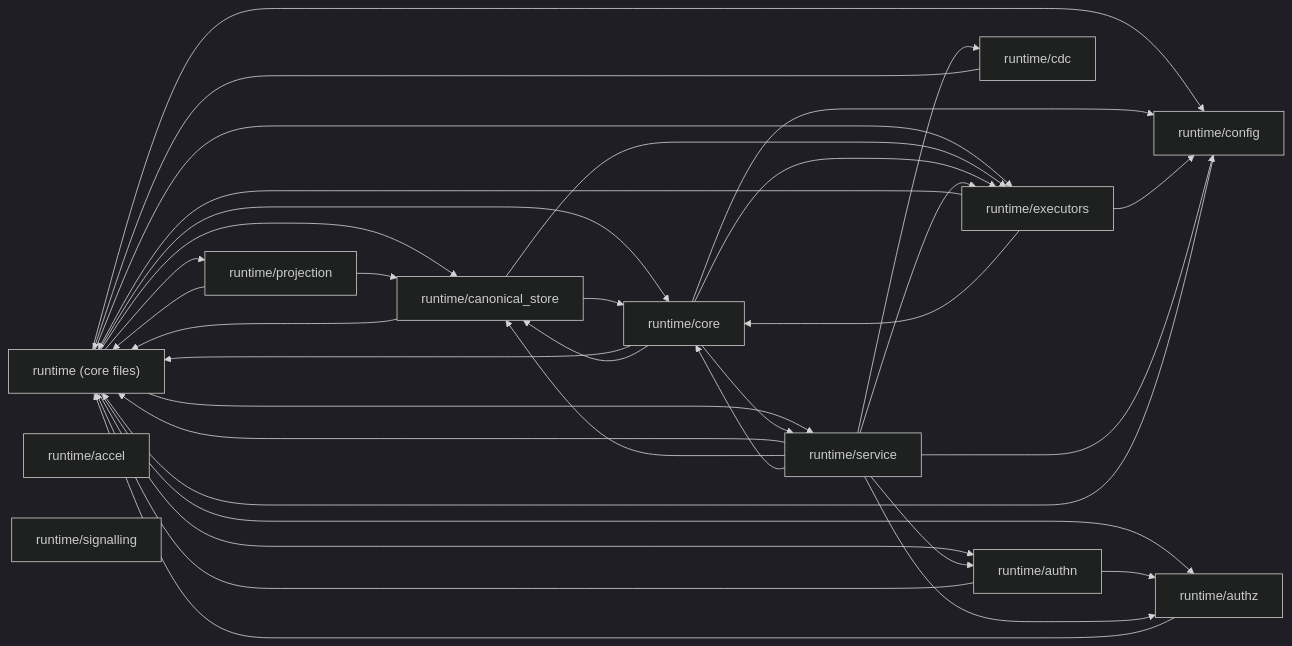
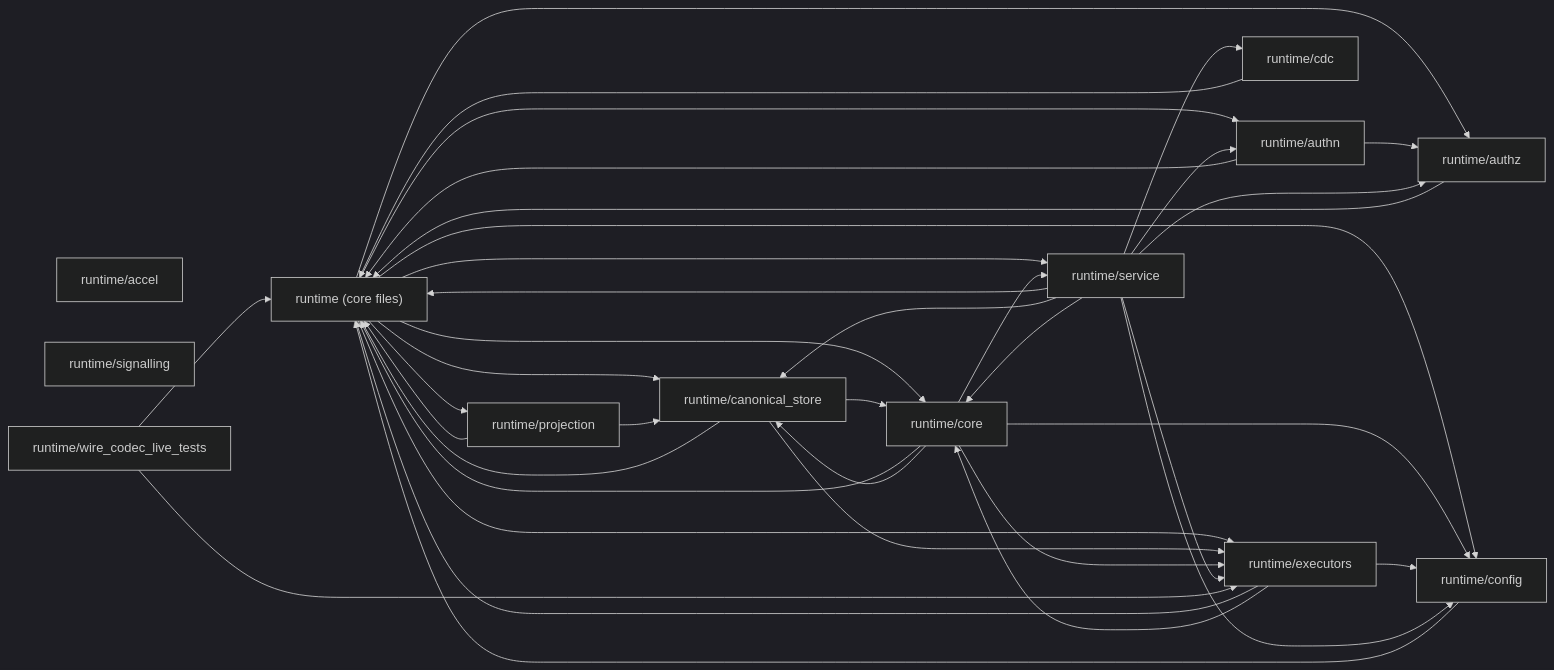
Before and after one commit to fahara02/udb: the second of 2 diagrams in docs/generated/codebase-map.md, drawn with Mermaid (dark theme). The commit also changed other lines of this file and 250 other files, not shown here.

````diff
--- a/docs/generated/codebase-map.md
+++ b/docs/generated/codebase-map.md
@@ -56,49 +56,52 @@
 ```mermaid
 graph LR
   runtime__core_files_["runtime (core files)"]
   runtime_accel["runtime/accel"]
   runtime_authn["runtime/authn"]
   runtime_authz["runtime/authz"]
   runtime_canonical_store["runtime/canonical_store"]
   runtime_cdc["runtime/cdc"]
   runtime_config["runtime/config"]
   runtime_core["runtime/core"]
   runtime_executors["runtime/executors"]
   runtime_projection["runtime/projection"]
   runtime_service["runtime/service"]
   runtime_signalling["runtime/signalling"]
+  runtime_wire_codec_live_tests["runtime/wire_codec_live_tests"]
   runtime__core_files_ --> runtime_authn
   runtime__core_files_ --> runtime_authz
   runtime__core_files_ --> runtime_canonical_store
   runtime__core_files_ --> runtime_config
   runtime__core_files_ --> runtime_core
   runtime__core_files_ --> runtime_executors
   runtime__core_files_ --> runtime_projection
   runtime__core_files_ --> runtime_service
   runtime_authn --> runtime__core_files_
   runtime_authn --> runtime_authz
   runtime_authz --> runtime__core_files_
   runtime_canonical_store --> runtime__core_files_
   runtime_canonical_store --> runtime_core
   runtime_canonical_store --> runtime_executors
   runtime_cdc --> runtime__core_files_
   runtime_config --> runtime__core_files_
   runtime_core --> runtime__core_files_
   runtime_core --> runtime_canonical_store
   runtime_core --> runtime_config
   runtime_core --> runtime_executors
   runtime_core --> runtime_service
   runtime_executors --> runtime__core_files_
   runtime_executors --> runtime_config
   runtime_executors --> runtime_core
   runtime_projection --> runtime__core_files_
   runtime_projection --> runtime_canonical_store
   runtime_service --> runtime__core_files_
   runtime_service --> runtime_authn
   runtime_service --> runtime_authz
   runtime_service --> runtime_canonical_store
   runtime_service --> runtime_cdc
   runtime_service --> runtime_config
   runtime_service --> runtime_core
   runtime_service --> runtime_executors
+  runtime_wire_codec_live_tests --> runtime__core_files_
+  runtime_wire_codec_live_tests --> runtime_executors
 ```
````
